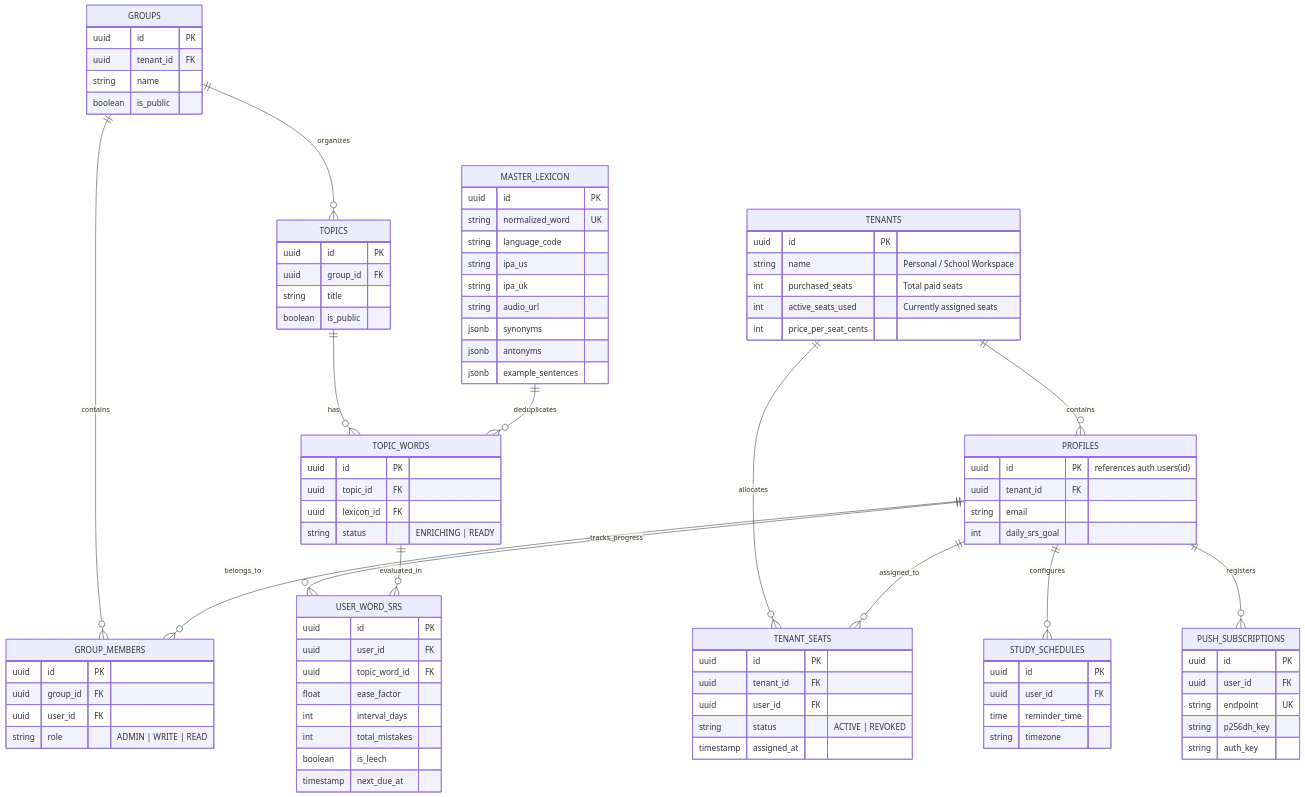
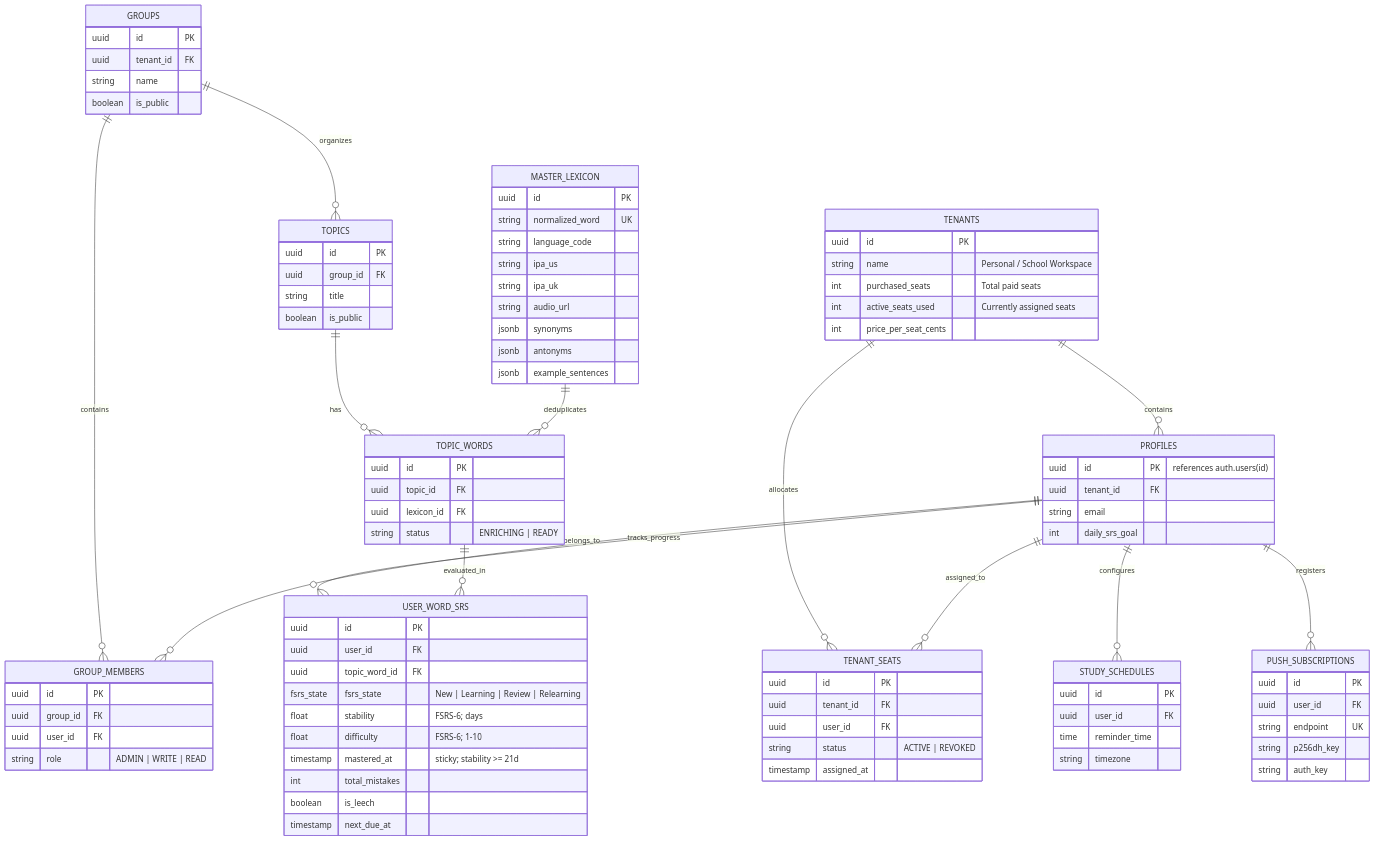
Before and after one commit to dygoacademy/com.dygoacademy.english: the sixth of 7 diagrams in dygo_academy_complete_system_architecture_master.md, drawn with Mermaid. The commit also changed 127 other files, not shown here.

```diff
--- a/dygo_academy_complete_system_architecture_master.md
+++ b/dygo_academy_complete_system_architecture_master.md
@@ -276,8 +276,10 @@
         uuid id PK
         uuid user_id FK
         uuid topic_word_id FK
-        float ease_factor
-        int interval_days
+        fsrs_state fsrs_state "New | Learning | Review | Relearning"
+        float stability "FSRS-6; days"
+        float difficulty "FSRS-6; 1-10"
+        timestamp mastered_at "sticky; stability >= 21d"
         int total_mistakes
         boolean is_leech
         timestamp next_due_at
```
